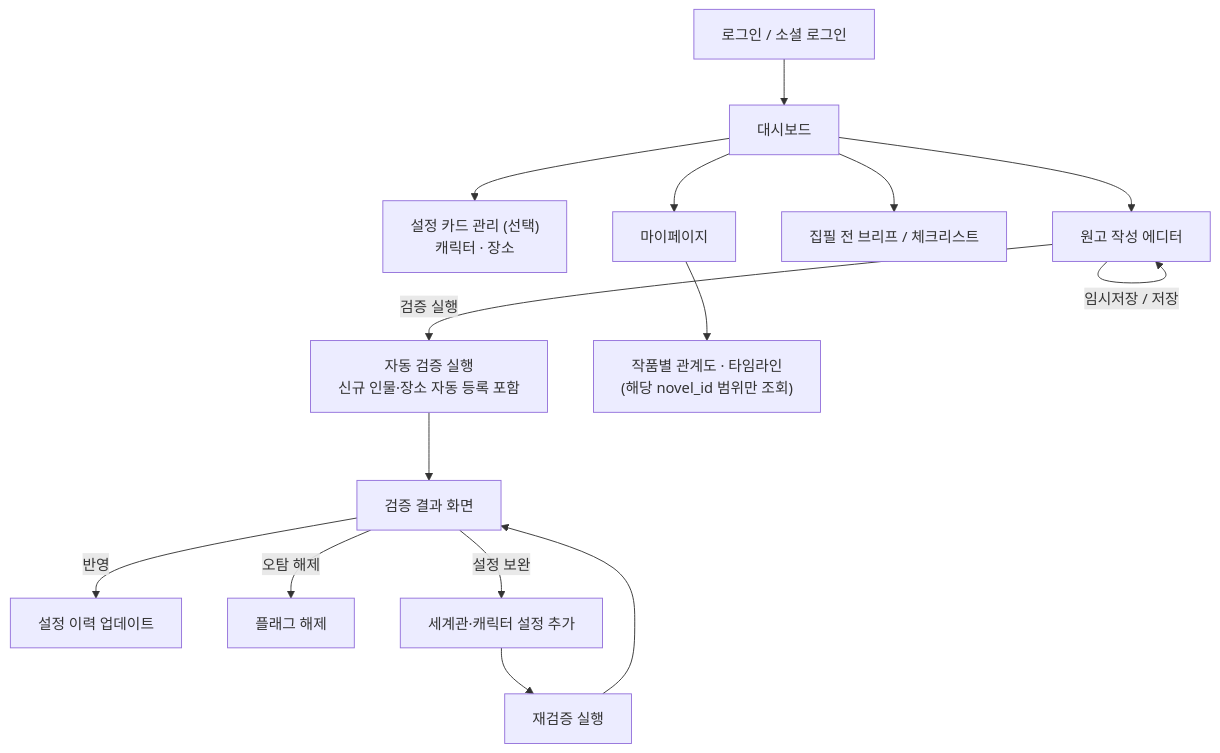
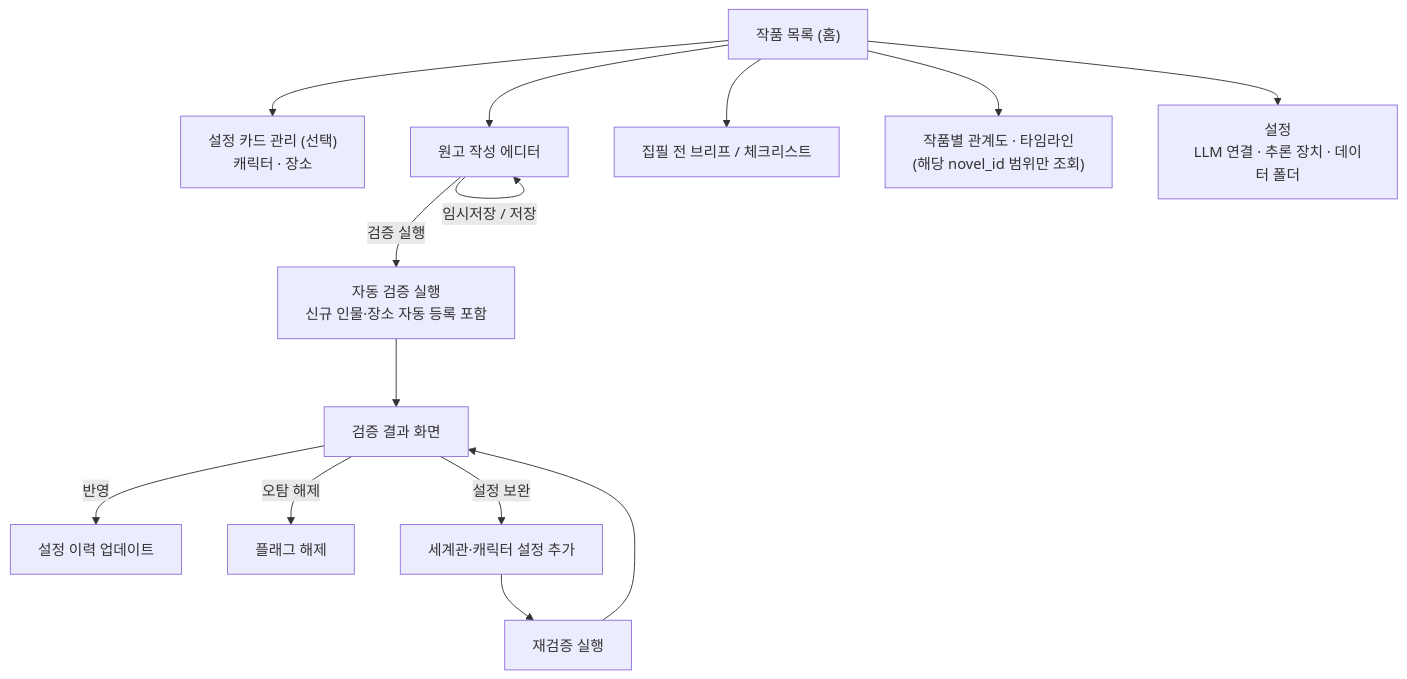
Before and after one commit to mminjae97/retcona: the first of 9 diagrams in README.md, drawn with Mermaid. The commit also changed other lines of this file and 3 other files, not shown here.

````diff
--- a/README.md
+++ b/README.md
@@ -126,17 +126,17 @@
 ```mermaid
 flowchart TD
-    L[로그인 / 소셜 로그인] --> A[대시보드]
+    A["작품 목록 (홈)"]
     A --> B["설정 카드 관리 (선택)<br/>캐릭터 · 장소"]
     A --> C[원고 작성 에디터]
     C -->|임시저장 / 저장| C
     C -->|검증 실행| D[자동 검증 실행<br/>신규 인물·장소 자동 등록 포함]
     D --> E[검증 결과 화면]
     E -->|반영| F[설정 이력 업데이트]
     E -->|오탐 해제| G[플래그 해제]
     E -->|설정 보완| I[세계관·캐릭터 설정 추가]
     I --> J[재검증 실행]
     J --> E
     A --> H[집필 전 브리프 / 체크리스트]
-    A --> M[마이페이지]
-    M --> N["작품별 관계도 · 타임라인<br/>(해당 novel_id 범위만 조회)"]
+    A --> N["작품별 관계도 · 타임라인<br/>(해당 novel_id 범위만 조회)"]
+    A --> M["설정<br/>LLM 연결 · 추론 장치 · 데이터 폴더"]
 ```
````
